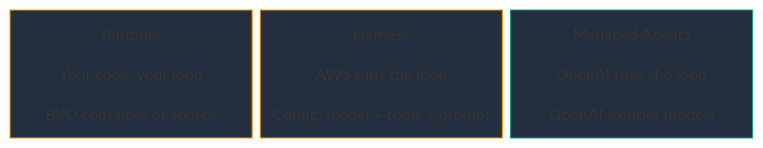
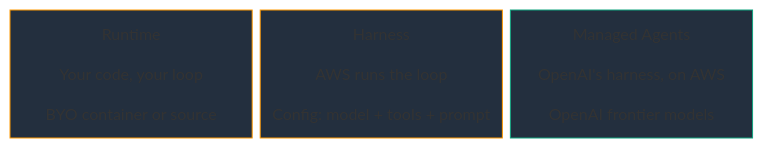
One commit to dgallitelli/blog changed the first of 6 diagrams in content/posts/agentcore-runtime-vs-harness-vs-openai/index.md. Above: the diagram before and after it, drawn with Mermaid. The commit also changed other lines of this file, not shown here.

First line of the commit message:
Fix Managed Agents wording: OpenAI designed the harness, AWS operates it

````diff
--- a/content/posts/agentcore-runtime-vs-harness-vs-openai/index.md
+++ b/content/posts/agentcore-runtime-vs-harness-vs-openai/index.md
@@ -30,35 +30,35 @@
 ```mermaid
 block-beta
     columns 3
     block:runtime:1
         columns 1
         r_title["Runtime"]
         r_desc["Your code, your loop"]
         r_detail["BYO container or source"]
     end
     block:harness:1
         columns 1
         h_title["Harness"]
         h_desc["AWS runs the loop"]
         h_detail["Config: model + tools + prompt"]
     end
     block:managed:1
         columns 1
         m_title["Managed Agents"]
-        m_desc["OpenAI runs the loop"]
+        m_desc["OpenAI's harness, on AWS"]
         m_detail["OpenAI frontier models"]
     end
 
     style runtime fill:#232f3e,stroke:#ff9900,color:#ff9900
     style harness fill:#232f3e,stroke:#ff9900,color:#ff9900
     style managed fill:#232f3e,stroke:#10a37f,color:#10a37f
     style r_title fill:none,stroke:none,color:#ff9900
     style r_desc fill:none,stroke:none,color:#c9d1d9
     style r_detail fill:none,stroke:none,color:#888
     style h_title fill:none,stroke:none,color:#ff9900
     style h_desc fill:none,stroke:none,color:#c9d1d9
     style h_detail fill:none,stroke:none,color:#888
     style m_title fill:none,stroke:none,color:#10a37f
     style m_desc fill:none,stroke:none,color:#c9d1d9
     style m_detail fill:none,stroke:none,color:#888
 ```
````
